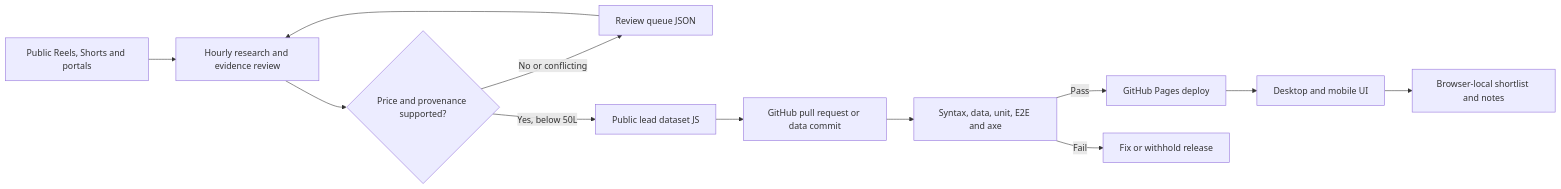
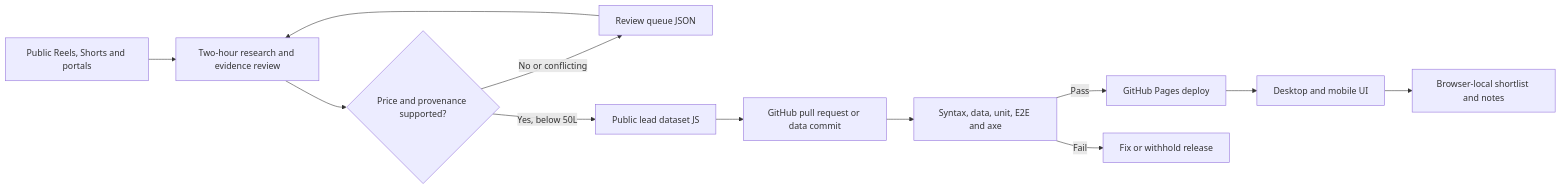
Before and after one commit to varunjakkampudi-tech/property-lens: the first of 2 diagrams in docs/ARCHITECTURE.md, drawn with Mermaid. The commit also changed other lines of this file and 2 other files, not shown here.

Commit message:
chore: clean generated artifacts and cadence docs

````diff
--- a/docs/ARCHITECTURE.md
+++ b/docs/ARCHITECTURE.md
@@ -13,14 +13,14 @@
 ```mermaid
 flowchart LR
-    A[Public Reels, Shorts and portals] --> B[Hourly research and evidence review]
+    A[Public Reels, Shorts and portals] --> B[Two-hour research and evidence review]
     B --> C{Price and provenance supported?}
     C -- No or conflicting --> D[Review queue JSON]
     C -- Yes, below 50L --> E[Public lead dataset JS]
     D --> B
     E --> F[GitHub pull request or data commit]
     F --> G[Syntax, data, unit, E2E and axe]
     G -- Pass --> H[GitHub Pages deploy]
     G -- Fail --> I[Fix or withhold release]
     H --> J[Desktop and mobile UI]
     J --> K[Browser-local shortlist and notes]
 ```
````
